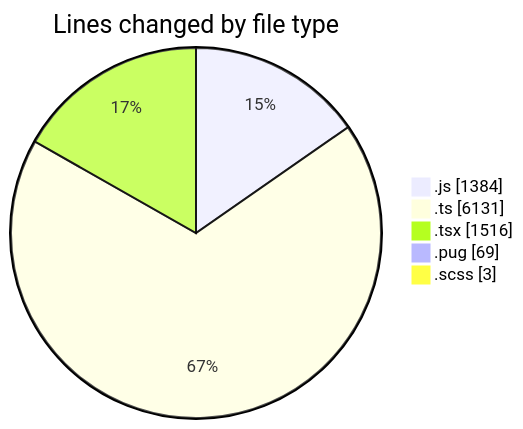
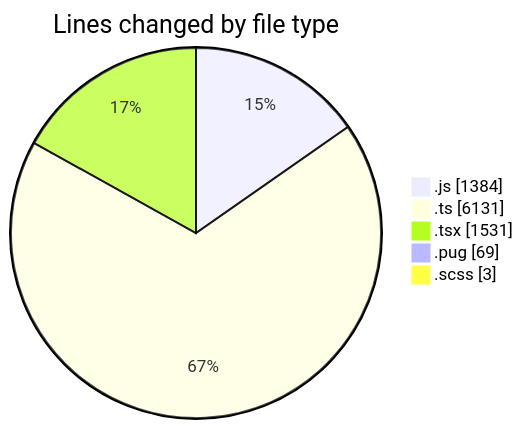
One commit to momahboobian/code-tracking changed the first of 2 diagrams in 2025-03-25/cda/README.md. Above: the diagram before and after it, drawn with Mermaid. The commit also changed other lines of this file and 1 other file, not shown here.

````diff
--- a/2025-03-25/cda/README.md
+++ b/2025-03-25/cda/README.md
@@ -38,9 +38,9 @@
 ```mermaid
 pie showData
 title Lines changed by file type
 ".js" : 1384
 ".ts" : 6131
-".tsx" : 1516
+".tsx" : 1531
 ".pug" : 69
 ".scss" : 3
 ```
````
